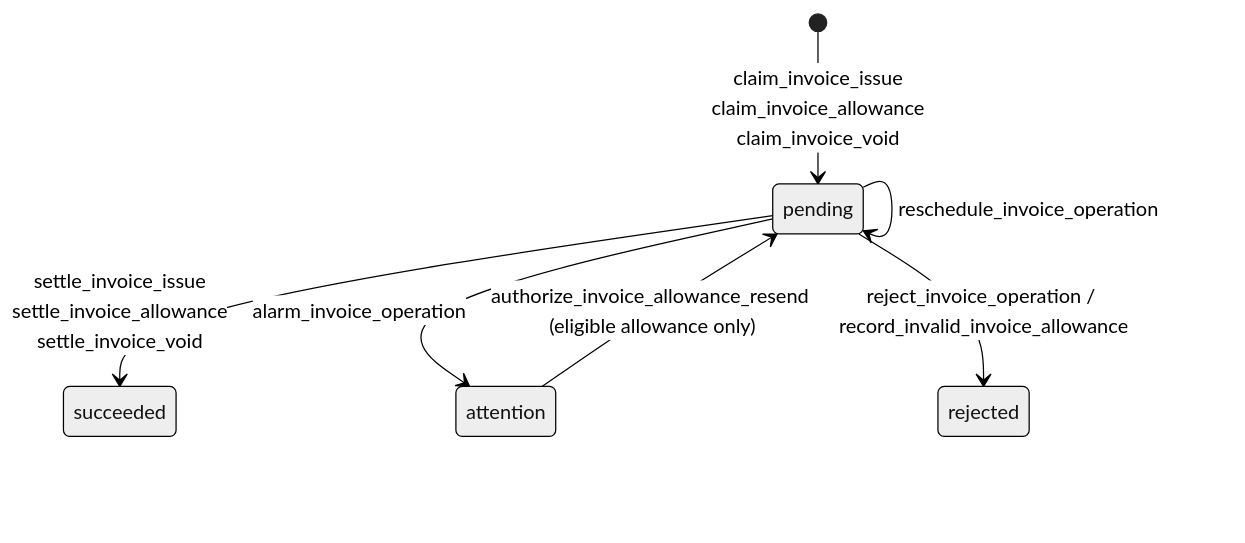
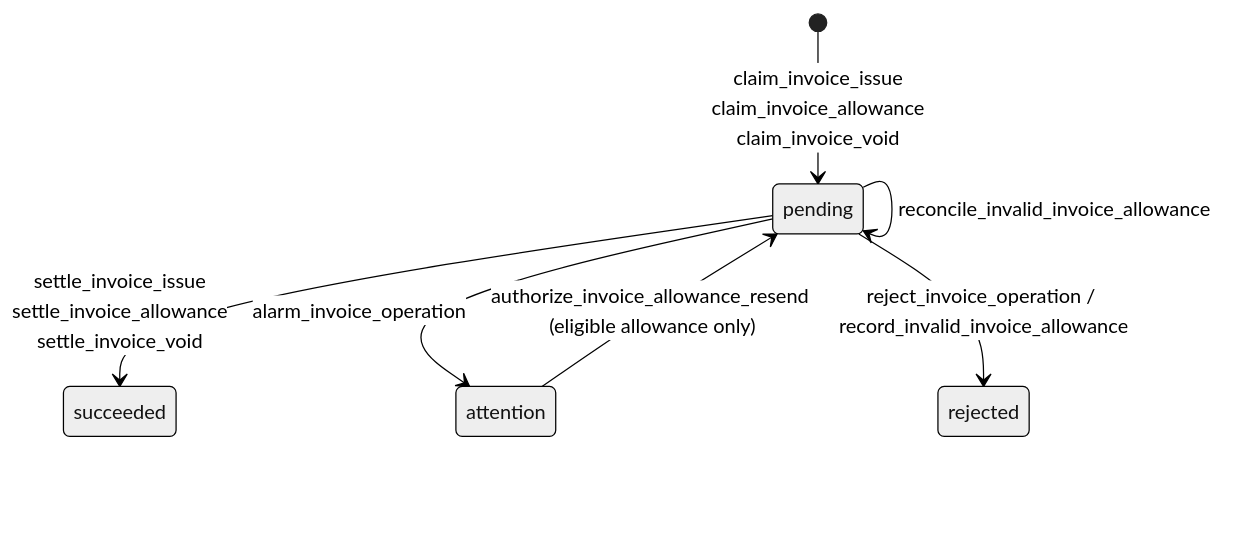
One commit to Koopa0/goen changed the ninth of 9 diagrams in ARCHITECTURE.md. Above: the diagram before and after it, drawn with Mermaid (neutral theme). The commit also changed other lines of this file, not shown here.

Commit message:
docs: clarify architecture boundaries and flows

````diff
--- a/ARCHITECTURE.md
+++ b/ARCHITECTURE.md
@@ -336,11 +398,12 @@
 ```mermaid
 stateDiagram-v2
     [*] --> pending: claim_invoice_issue<br/>claim_invoice_allowance<br/>claim_invoice_void
     pending --> pending: lease_invoice_operation
     pending --> pending: mark_invoice_operation_sent
     pending --> pending: reschedule_invoice_operation
+    pending --> pending: reconcile_invalid_invoice_allowance
     pending --> succeeded: settle_invoice_issue<br/>settle_invoice_allowance<br/>settle_invoice_void
     pending --> attention: alarm_invoice_operation
     pending --> rejected: reject_invoice_operation / record_invalid_invoice_allowance
     attention --> pending: authorize_invoice_allowance_resend (eligible allowance only)
 ```
````
